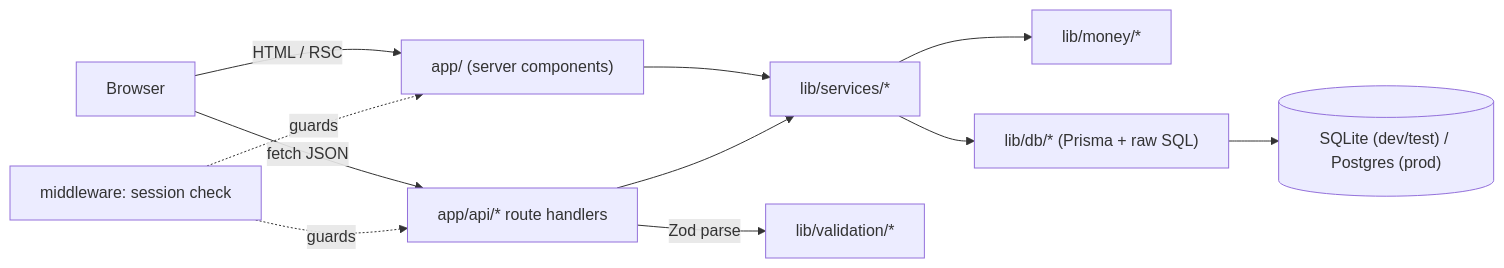
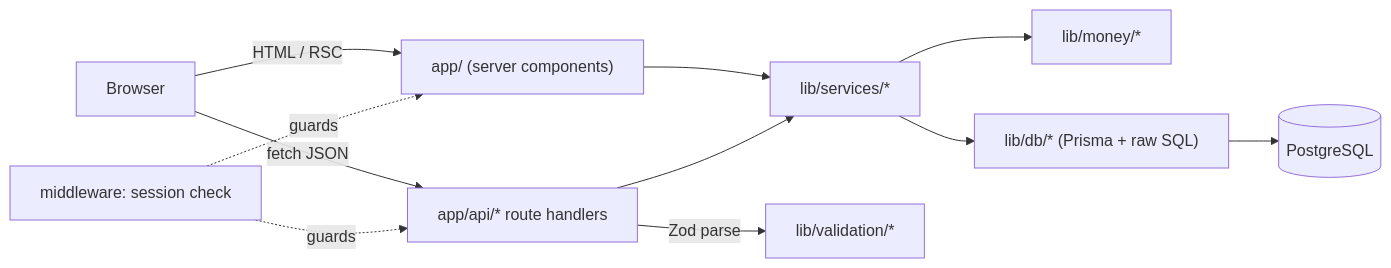
One commit to bilalaslam1122/acme-salary-manager changed the first of 2 diagrams in context/architecture.md. Above: the diagram before and after it, drawn with Mermaid. The commit also changed other lines of this file and 2 other files, not shown here.

Commit message:
docs: resolve open questions and adopt postgres everywhere

````diff
--- a/context/architecture.md
+++ b/context/architecture.md
@@ -42,13 +42,13 @@
 ```mermaid
 flowchart LR
   Browser -->|HTML / RSC| Pages["app/ (server components)"]
   Browser -->|fetch JSON| API["app/api/* route handlers"]
   MW["middleware: session check"] -.guards.-> Pages
   MW -.guards.-> API
   Pages --> Services["lib/services/*"]
   API -->|Zod parse| Validation["lib/validation/*"]
   API --> Services
   Services --> Money["lib/money/*"]
   Services --> DB["lib/db/* (Prisma + raw SQL)"]
-  DB --> Store[("SQLite (dev/test) / Postgres (prod)")]
+  DB --> Store[("PostgreSQL")]
 ```
````
